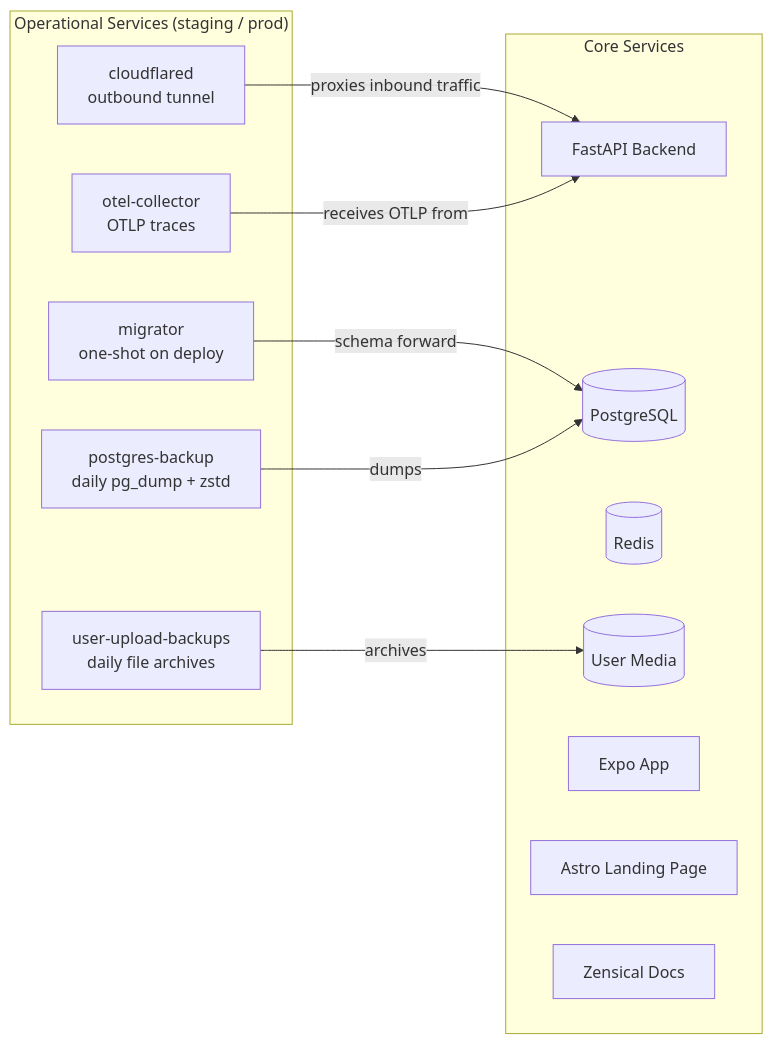
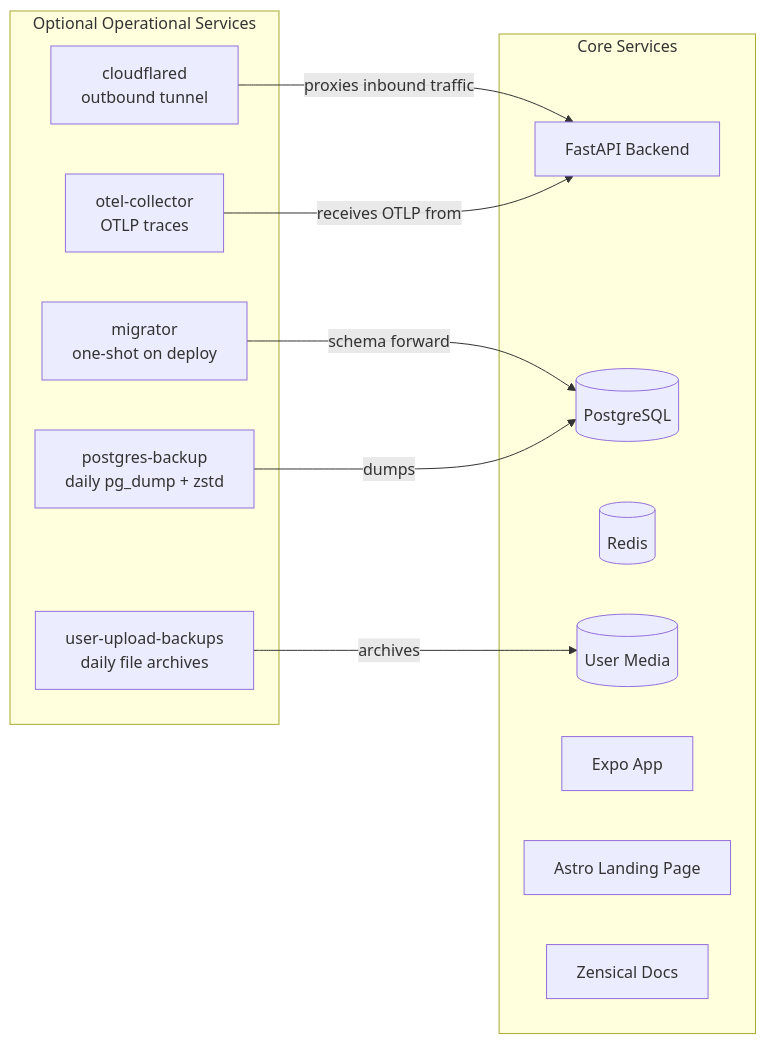
One commit to CMLPlatform/relab changed the diagram in docs/docs/architecture/deployment.md. Above: the diagram before and after it, drawn with Mermaid. The commit also changed other lines of this file and 44 other files, not shown here.

````diff
--- a/docs/docs/architecture/deployment.md
+++ b/docs/docs/architecture/deployment.md
@@ -11,26 +11,26 @@
 ```mermaid
 graph LR
     subgraph Core ["Core Services"]
         Backend[FastAPI Backend]
         DB[(PostgreSQL)]
         Cache[(Redis)]
         Uploads[(User Media)]
         FrontendApp[Expo App]
         FrontendWeb[Astro Landing Page]
         Docs[Zensical Docs]
     end
 
-    subgraph Operational ["Operational Services (staging / prod)"]
+    subgraph Operational ["Optional Operational Services"]
         Migrations[migrator\none-shot on deploy]
         DBBackups[postgres-backup\ndaily pg_dump + zstd]
         UploadBackups[user-upload-backups\ndaily file archives]
         Cloudflared[cloudflared\noutbound tunnel]
         OTel[otel-collector\nOTLP traces]
     end
 
     Migrations -->|schema forward| DB
     DBBackups -->|dumps| DB
     UploadBackups -->|archives| Uploads
     Cloudflared -->|proxies inbound traffic| Backend
     OTel -->|receives OTLP from| Backend
 ```
````
